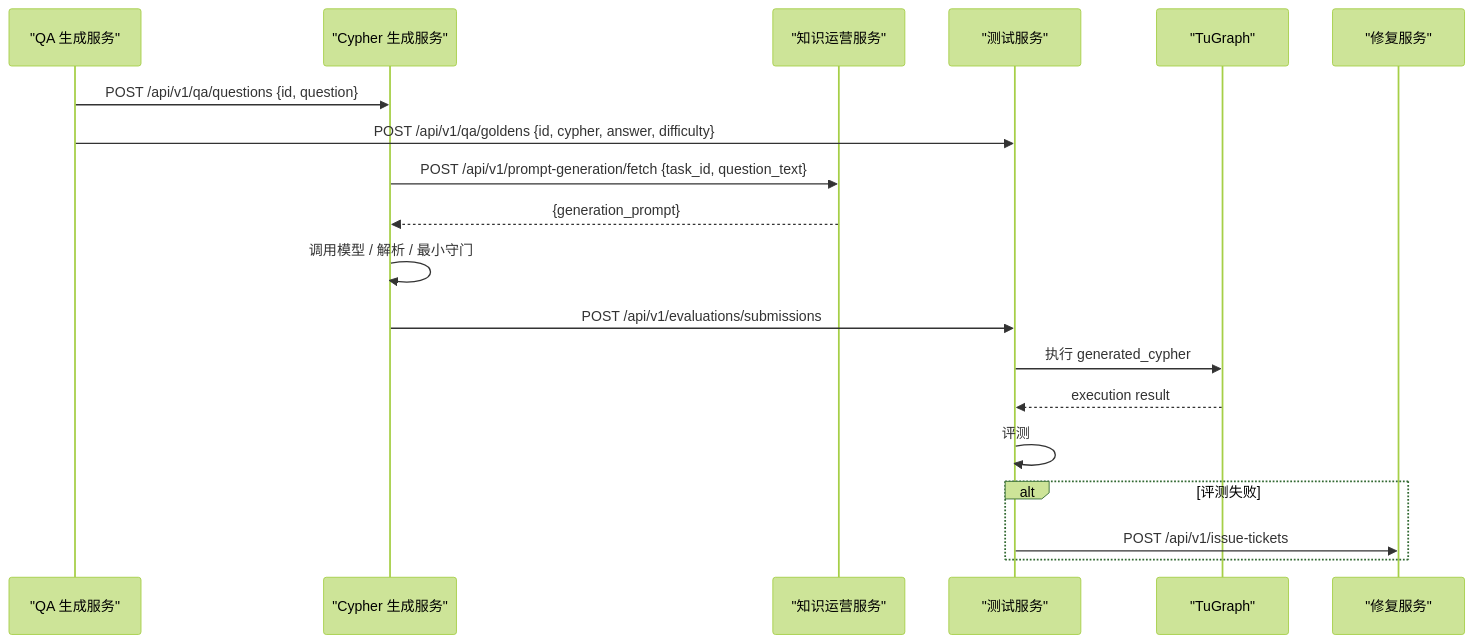
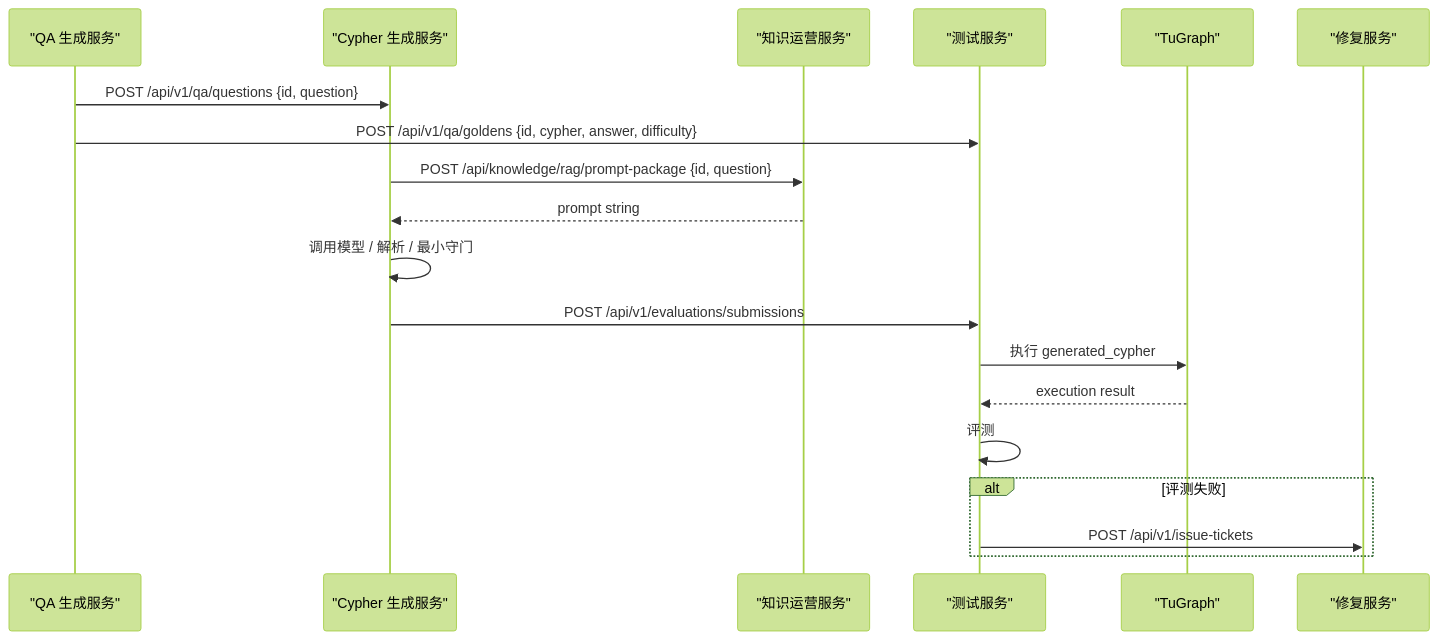
One commit to mangow0527/NL2Cypher changed the diagram in docs/workflow.md. Above: the diagram before and after it, drawn with Mermaid (forest theme). The commit also changed other lines of this file and 7 other files, not shown here.

````diff
--- a/docs/workflow.md
+++ b/docs/workflow.md
@@ -118,22 +118,22 @@
 ```mermaid
 sequenceDiagram
     participant QA as "QA 生成服务"
     participant CG as "Cypher 生成服务"
     participant KO as "知识运营服务"
     participant TS as "测试服务"
     participant TG as "TuGraph"
     participant RS as "修复服务"
 
     QA->>CG: POST /api/v1/qa/questions {id, question}
     QA->>TS: POST /api/v1/qa/goldens {id, cypher, answer, difficulty}
-    CG->>KO: POST /api/v1/prompt-generation/fetch {task_id, question_text}
-    KO-->>CG: {generation_prompt}
+    CG->>KO: POST /api/knowledge/rag/prompt-package {id, question}
+    KO-->>CG: prompt string
     CG->>CG: 调用模型 / 解析 / 最小守门
     CG->>TS: POST /api/v1/evaluations/submissions
     TS->>TG: 执行 generated_cypher
     TG-->>TS: execution result
     TS->>TS: 评测
     alt 评测失败
         TS->>RS: POST /api/v1/issue-tickets
     end
 ```
````
